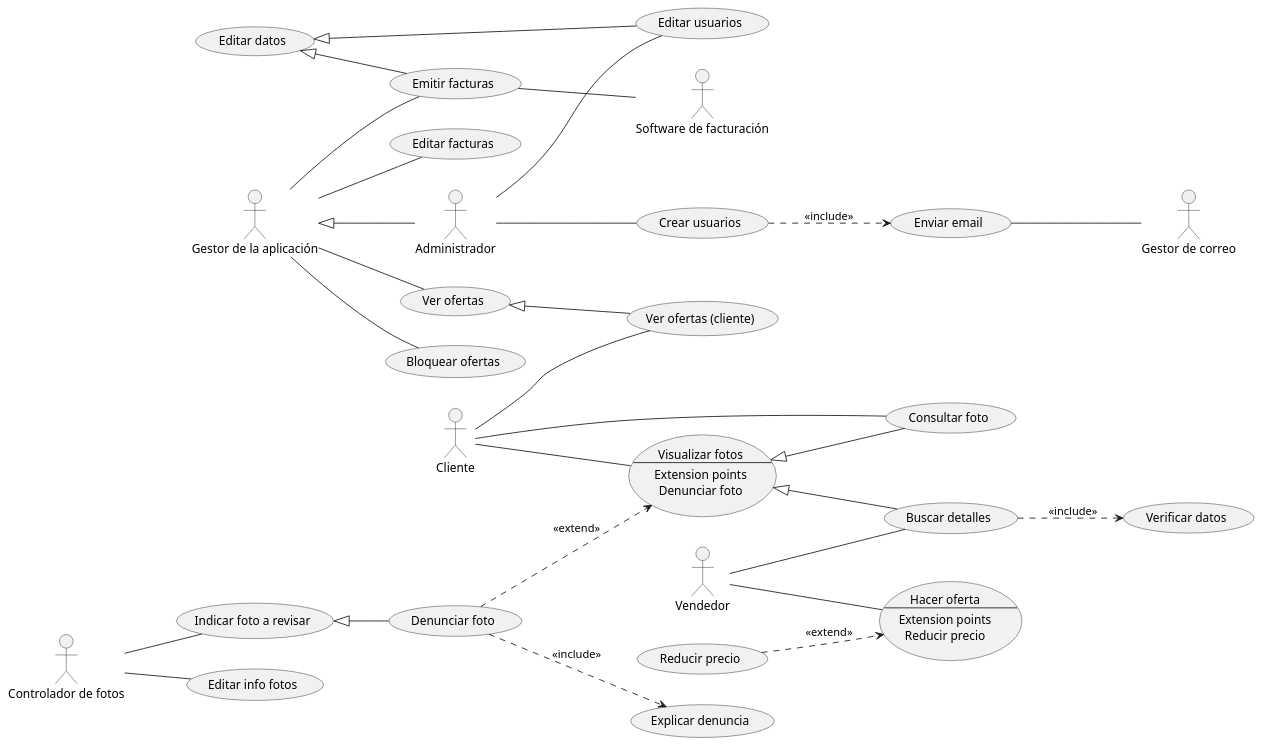
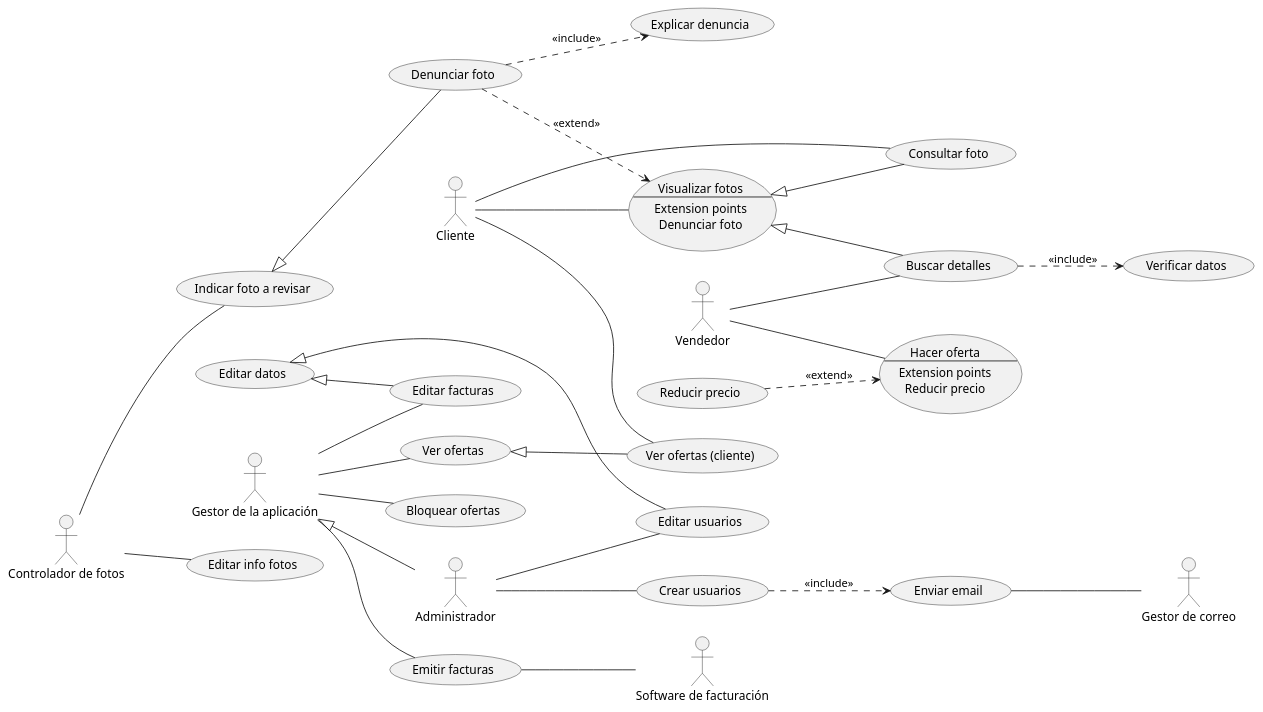
One commit to ualmarcossanchez/INRE-UAL-Verde-2027 changed the diagram in lab0/Supuesto04_lab0.puml. Above: the diagram before and after it, drawn with PlantUML.

Commit message:
Refactor use case definitions in Supuesto04_lab0.puml
Removed unused use cases and organized existing ones for clarity.

```diff
--- a/lab0/Supuesto04_lab0.puml
+++ b/lab0/Supuesto04_lab0.puml
@@ -1,78 +1,68 @@
 @startuml
 left to right direction
 
-' Definición de Actores
 actor "Gestor de la aplicación" as gestor
 actor "Administrador" as admin
 actor "Cliente" as cliente
 actor "Vendedor" as vendedor
 actor "Controlador de fotos" as controlador
 actor "Software de facturación" as soft_facturacion
 actor "Gestor de correo" as gestor_correo
 
-' Relaciones de herencia (Generalización)
 admin -up-|> gestor
 
-' Definición de Casos de Uso y Relaciones
-
-' Casos de uso de Cliente
 usecase "Visualizar fotos\n----\nExtension points\nDenunciar foto" as visualizar_fotos
 usecase "Consultar foto" as consultar_foto
 usecase "Denunciar foto" as denunciar_foto
 usecase "Explicar denuncia" as explicar_denuncia
 usecase "Ver ofertas (cliente)" as ver_ofertas_cliente
 
 cliente -- visualizar_fotos
 cliente -- consultar_foto
 cliente -- ver_ofertas_cliente
 consultar_foto -up-|> visualizar_fotos
 denunciar_foto ..> visualizar_fotos : <<extend>>
 denunciar_foto ..> explicar_denuncia : <<include>>
 
-' Casos de uso de Controlador de fotos
 usecase "Indicar foto a revisar" as indicar_foto
 usecase "Editar info fotos" as editar_info_fotos
 
 controlador -- indicar_foto
 controlador -- editar_info_fotos
 denunciar_foto -up-|> indicar_foto
 
-' Casos de uso de Vendedor
 usecase "Hacer oferta\n----\nExtension points\nReducir precio" as hacer_oferta
 usecase "Reducir precio" as reducir_precio
 usecase "Buscar detalles" as buscar_detalles
 usecase "Verificar datos" as verificar_datos
 
 vendedor -- hacer_oferta
 vendedor -- buscar_detalles
 reducir_precio ..> hacer_oferta : <<extend>>
 buscar_detalles -up-|> visualizar_fotos
 buscar_detalles ..> verificar_datos : <<include>>
 
-' Casos de uso de Gestor de la aplicación
 usecase "Ver ofertas" as ver_ofertas
 usecase "Bloquear ofertas" as bloquear_ofertas
 usecase "Emitir facturas" as emitir_facturas
 usecase "Editar facturas" as editar_facturas
 usecase "Editar datos" as editar_datos
 
 gestor -- ver_ofertas
 gestor -- bloquear_ofertas
 gestor -- emitir_facturas
 gestor -- editar_facturas
 ver_ofertas_cliente -up-|> ver_ofertas
-emitir_facturas -up-|> editar_datos
+editar_facturas -up-|> editar_datos
 emitir_facturas -- soft_facturacion
 
-' Casos de uso de Administrador
 usecase "Crear usuarios" as crear_usuarios
 usecase "Editar usuarios" as editar_usuarios
 usecase "Enviar email" as enviar_email
 
 admin -- crear_usuarios
 admin -- editar_usuarios
 editar_usuarios -up-|> editar_datos
 crear_usuarios ..> enviar_email : <<include>>
 enviar_email -- gestor_correo
-
 @enduml
```
